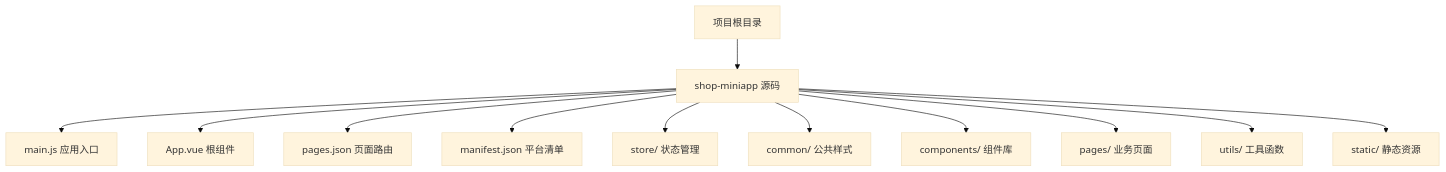
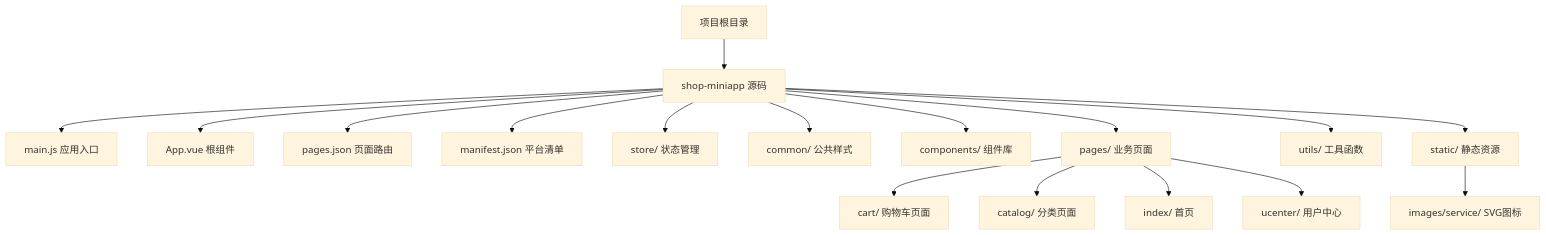
Before and after one commit to QtImM/wechatMiniprogram_Store: the first of 10 diagrams in .qoder/repowiki/zh/content/前端架构设计/小程序整体架构.md, drawn with Mermaid (base theme). The commit also changed other lines of this file and 41 other files, not shown here.

````diff
--- a/.qoder/repowiki/zh/content/前端架构设计/小程序整体架构.md
+++ b/.qoder/repowiki/zh/content/前端架构设计/小程序整体架构.md
@@ -39,14 +46,19 @@
 ```mermaid
 graph TB
 A["项目根目录"] --> B["shop-miniapp 源码"]
 B --> C["main.js 应用入口"]
 B --> D["App.vue 根组件"]
 B --> E["pages.json 页面路由"]
 B --> F["manifest.json 平台清单"]
 B --> G["store/ 状态管理"]
 B --> H["common/ 公共样式"]
 B --> I["components/ 组件库"]
 B --> J["pages/ 业务页面"]
 B --> K["utils/ 工具函数"]
 B --> L["static/ 静态资源"]
+J --> M["cart/ 购物车页面"]
+J --> N["catalog/ 分类页面"]
+J --> O["index/ 首页"]
+J --> P["ucenter/ 用户中心"]
+L --> Q["images/service/ SVG图标"]
 ```
````
